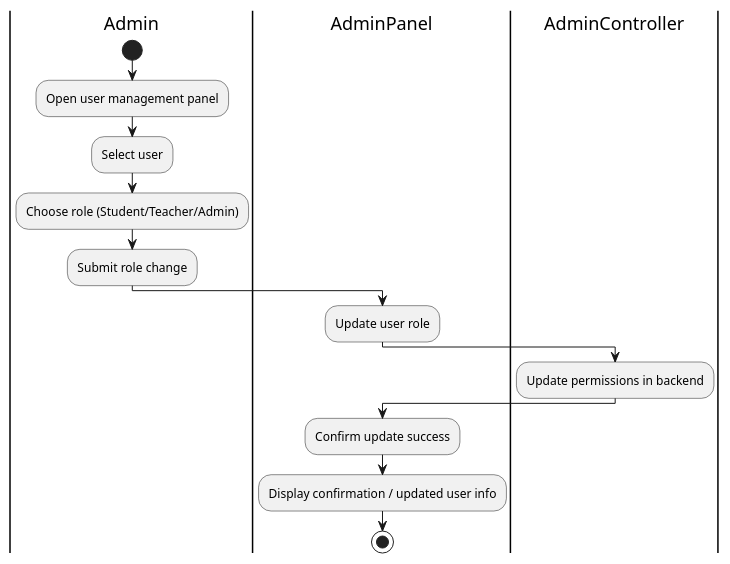
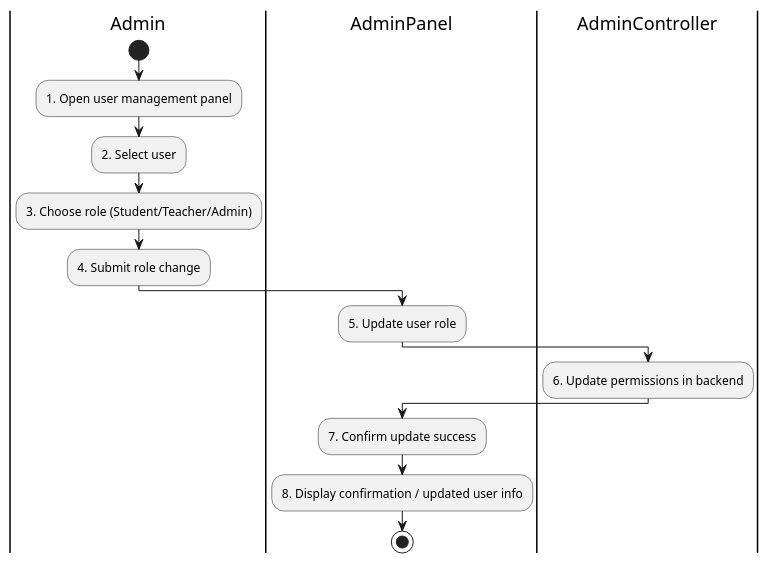
The diagram in docs/2. Diagrams/Activity diagram/2. AssignRoles/AssignRoles.pu (Huangphoux/uit-SE357_requirement), drawn with PlantUML before and after one commit. The commit also changed 85 other files, not shown here.

```diff
--- a/docs/2. Diagrams/Activity diagram/2. AssignRoles/AssignRoles.pu
+++ b/docs/2. Diagrams/Activity diagram/2. AssignRoles/AssignRoles.pu
@@ -1,16 +1,16 @@
 @startuml AssignRoles
 |Admin|
 start
-:Open user management panel;
-:Select user;
-:Choose role (Student/Teacher/Admin);
-:Submit role change;
+:1. Open user management panel;
+:2. Select user;
+:3. Choose role (Student/Teacher/Admin);
+:4. Submit role change;
 |AdminPanel|
-:Update user role;
+:5. Update user role;
 |AdminController|
-:Update permissions in backend;
+:6. Update permissions in backend;
 |AdminPanel|
-:Confirm update success;
-:Display confirmation / updated user info;
+:7. Confirm update success;
+:8. Display confirmation / updated user info;
 stop
 @enduml
```
